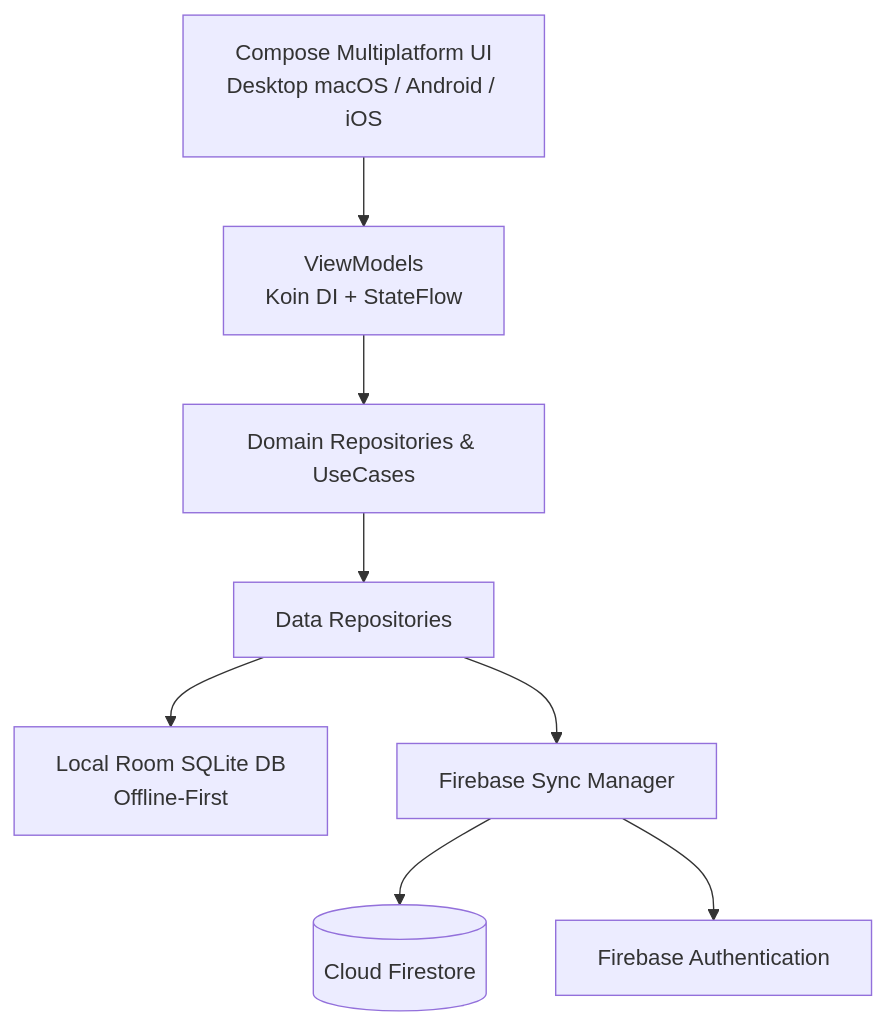
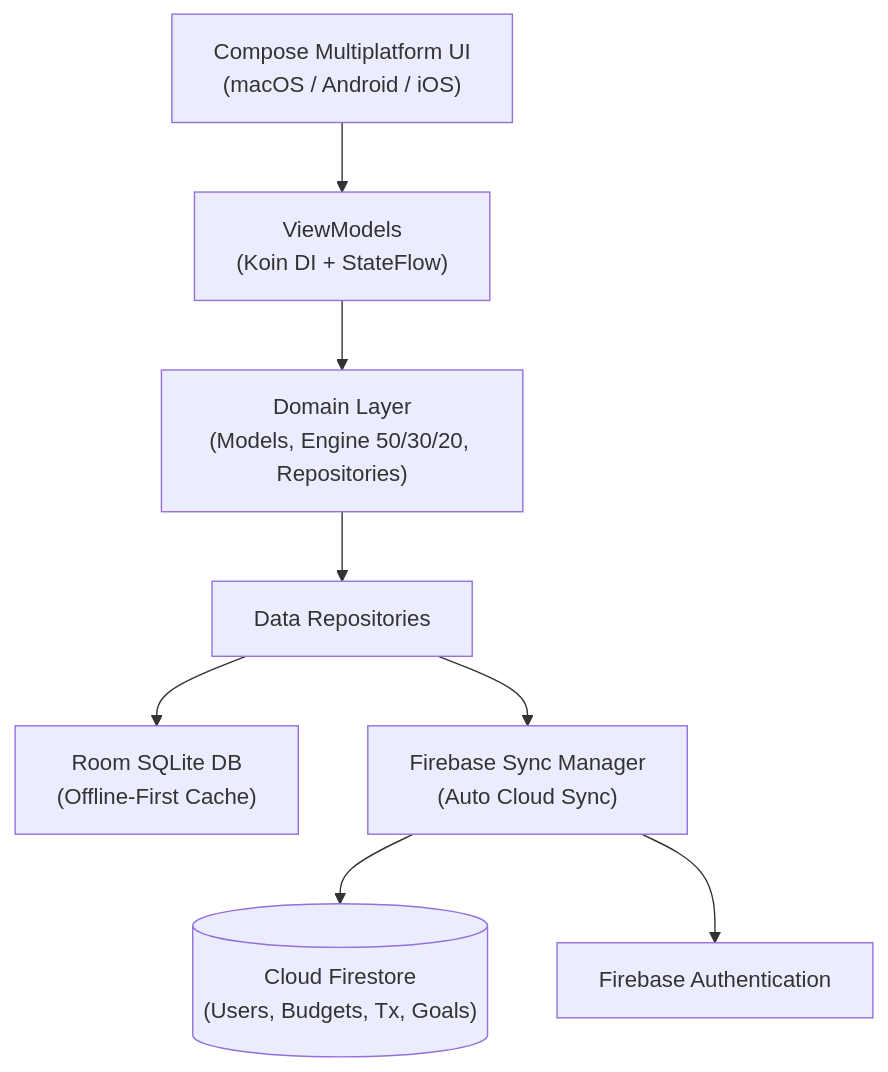
One commit to joseestrella05/finanzasclaras changed the diagram in README.md. Above: the diagram before and after it, drawn with Mermaid. The commit also changed other lines of this file, not shown here.

Commit message:
docs: update README with 50/30/20 budget plan, comparative analysis, and automatic sync

````diff
--- a/README.md
+++ b/README.md
@@ -84,10 +118,10 @@
 ```mermaid
 graph TD
-    UI[Compose Multiplatform UI<br/>Desktop macOS / Android / iOS] --> VM[ViewModels<br/>Koin DI + StateFlow]
-    VM --> Domain[Domain Repositories & UseCases]
-    Domain --> Data[Data Repositories]
-    Data --> Local[Local Room SQLite DB<br/>Offline-First]
-    Data --> Remote[Firebase Sync Manager]
-    Remote --> Firestore[(Cloud Firestore)]
-    Remote --> Auth[Firebase Authentication]
+    UI["Compose Multiplatform UI<br/>(macOS / Android / iOS)"] --> VM["ViewModels<br/>(Koin DI + StateFlow)"]
+    VM --> Domain["Domain Layer<br/>(Models, Engine 50/30/20, Repositories)"]
+    Domain --> Data["Data Repositories"]
+    Data --> Local["Room SQLite DB<br/>(Offline-First Cache)"]
+    Data --> Remote["Firebase Sync Manager<br/>(Auto Cloud Sync)"]
+    Remote --> Firestore[("Cloud Firestore<br/>(Users, Budgets, Tx, Goals)")]
+    Remote --> Auth["Firebase Authentication"]
 ```
````
